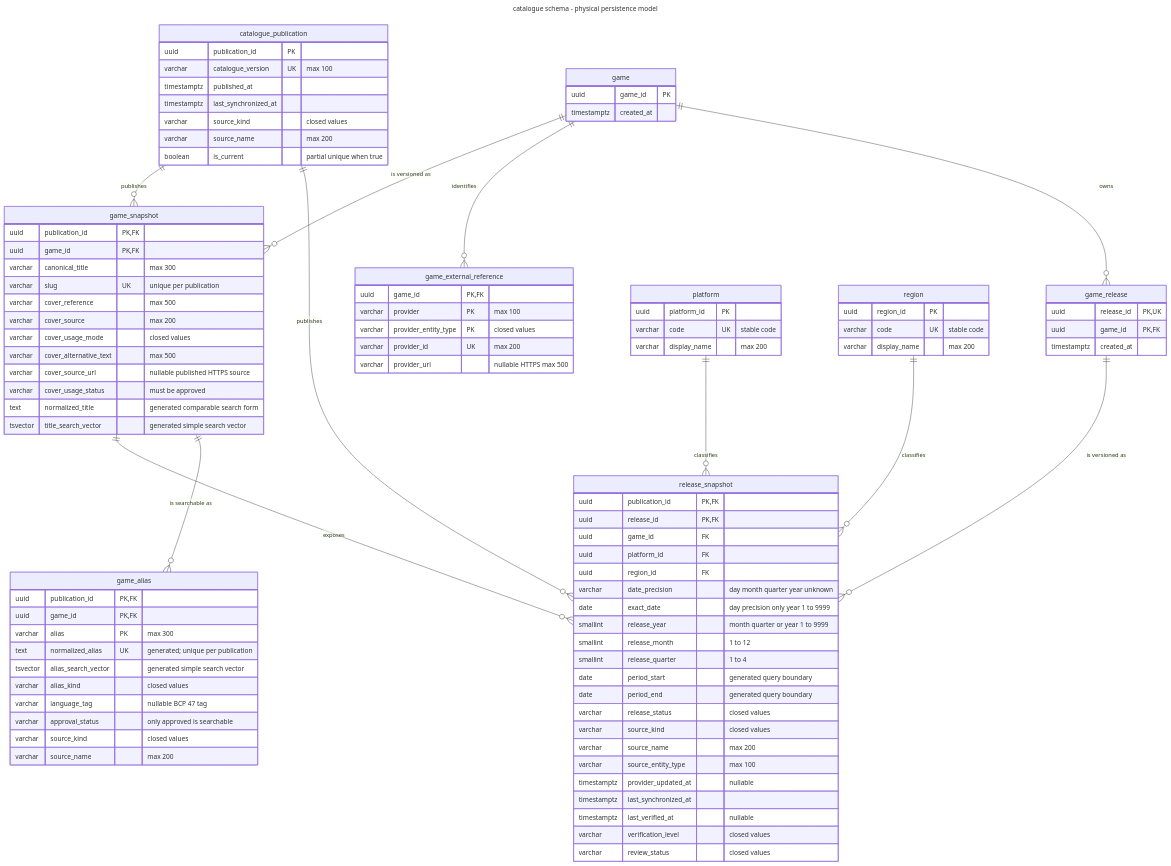
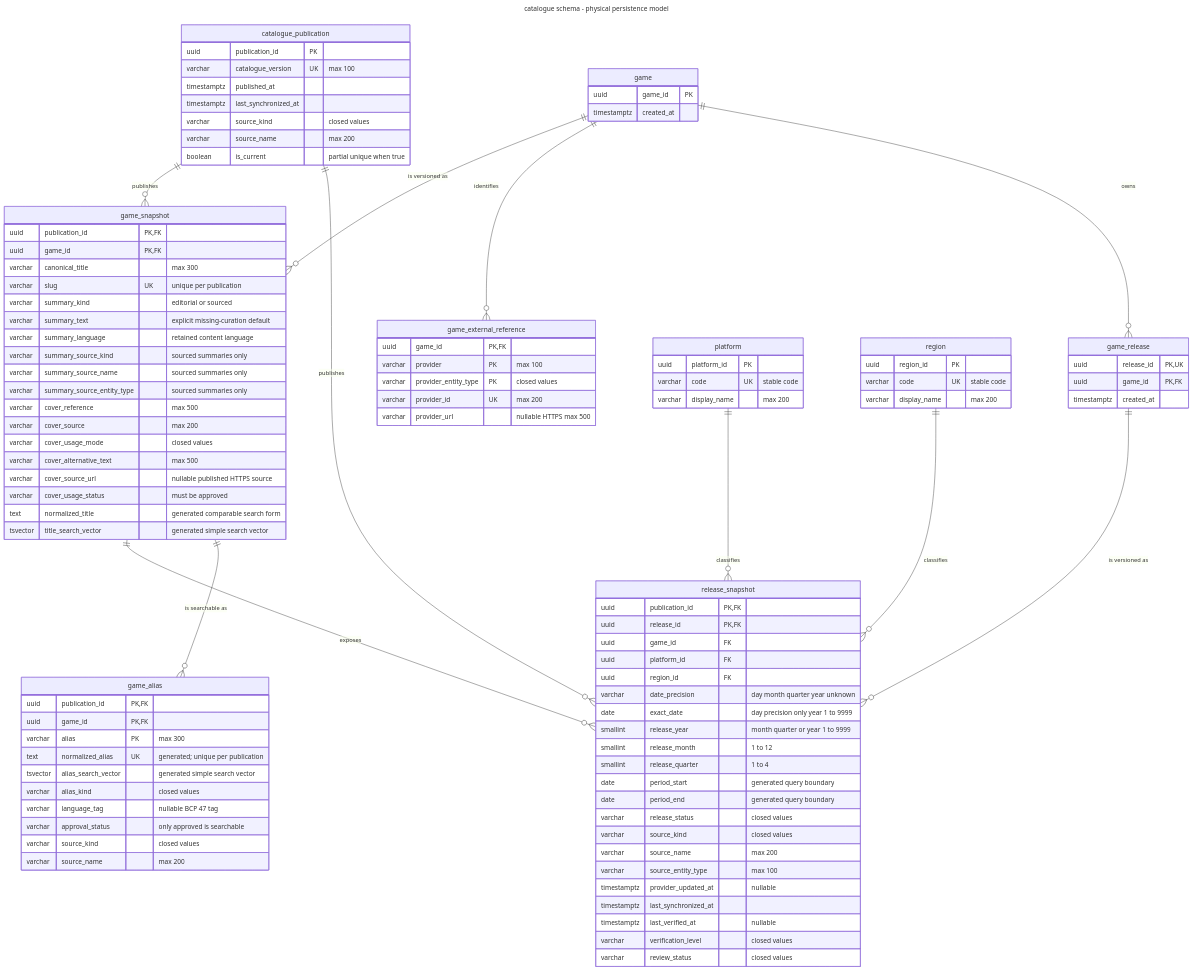
One commit to rubhern/videogame-platform changed the diagram in docs/architecture/diagrams/mermaid/catalogue-persistence-model.mmd. Above: the diagram before and after it, drawn with Mermaid. The commit also changed 67 other files, not shown here.

```diff
--- a/docs/architecture/diagrams/mermaid/catalogue-persistence-model.mmd
+++ b/docs/architecture/diagrams/mermaid/catalogue-persistence-model.mmd
@@ -1,110 +1,116 @@
 ---
 title: catalogue schema - physical persistence model
 ---
 %% Physical communication view for the module-owned catalogue schema.
 %% Executable authority: backend/src/main/resources/db/migration/.
 %% Decision context: docs/development/database-migrations.md.
 erDiagram
     catalogue_publication ||--o{ game_snapshot : publishes
     game ||--o{ game_snapshot : "is versioned as"
     game ||--o{ game_external_reference : identifies
     game ||--o{ game_release : owns
     catalogue_publication ||--o{ release_snapshot : publishes
     game_snapshot ||--o{ release_snapshot : exposes
     game_snapshot ||--o{ game_alias : "is searchable as"
     game_release ||--o{ release_snapshot : "is versioned as"
     platform ||--o{ release_snapshot : classifies
     region ||--o{ release_snapshot : classifies
 
     catalogue_publication {
         uuid publication_id PK
         varchar catalogue_version UK "max 100"
         timestamptz published_at
         timestamptz last_synchronized_at
         varchar source_kind "closed values"
         varchar source_name "max 200"
         boolean is_current "partial unique when true"
     }
 
     game {
         uuid game_id PK
         timestamptz created_at
     }
 
     game_snapshot {
         uuid publication_id PK,FK
         uuid game_id PK,FK
         varchar canonical_title "max 300"
         varchar slug UK "unique per publication"
+        varchar summary_kind "editorial or sourced"
+        varchar summary_text "explicit missing-curation default"
+        varchar summary_language "retained content language"
+        varchar summary_source_kind "sourced summaries only"
+        varchar summary_source_name "sourced summaries only"
+        varchar summary_source_entity_type "sourced summaries only"
         varchar cover_reference "max 500"
         varchar cover_source "max 200"
         varchar cover_usage_mode "closed values"
         varchar cover_alternative_text "max 500"
         varchar cover_source_url "nullable published HTTPS source"
         varchar cover_usage_status "must be approved"
         text normalized_title "generated comparable search form"
         tsvector title_search_vector "generated simple search vector"
     }
 
     game_alias {
         uuid publication_id PK,FK
         uuid game_id PK,FK
         varchar alias PK "max 300"
         text normalized_alias UK "generated; unique per publication"
         tsvector alias_search_vector "generated simple search vector"
         varchar alias_kind "closed values"
         varchar language_tag "nullable BCP 47 tag"
         varchar approval_status "only approved is searchable"
         varchar source_kind "closed values"
         varchar source_name "max 200"
     }
 
     game_external_reference {
         uuid game_id PK,FK
         varchar provider PK "max 100"
         varchar provider_entity_type PK "closed values"
         varchar provider_id UK "max 200"
         varchar provider_url "nullable HTTPS max 500"
     }
 
     platform {
         uuid platform_id PK
         varchar code UK "stable code"
         varchar display_name "max 200"
     }
 
     region {
         uuid region_id PK
         varchar code UK "stable code"
         varchar display_name "max 200"
     }
 
     game_release {
         uuid release_id PK,UK
         uuid game_id PK,FK
         timestamptz created_at
     }
 
     release_snapshot {
         uuid publication_id PK,FK
         uuid release_id PK,FK
         uuid game_id FK
         uuid platform_id FK
         uuid region_id FK
         varchar date_precision "day month quarter year unknown"
         date exact_date "day precision only year 1 to 9999"
         smallint release_year "month quarter or year 1 to 9999"
         smallint release_month "1 to 12"
         smallint release_quarter "1 to 4"
         date period_start "generated query boundary"
         date period_end "generated query boundary"
         varchar release_status "closed values"
         varchar source_kind "closed values"
         varchar source_name "max 200"
         varchar source_entity_type "max 100"
         timestamptz provider_updated_at "nullable"
         timestamptz last_synchronized_at
         timestamptz last_verified_at "nullable"
         varchar verification_level "closed values"
         varchar review_status "closed values"
     }
```
